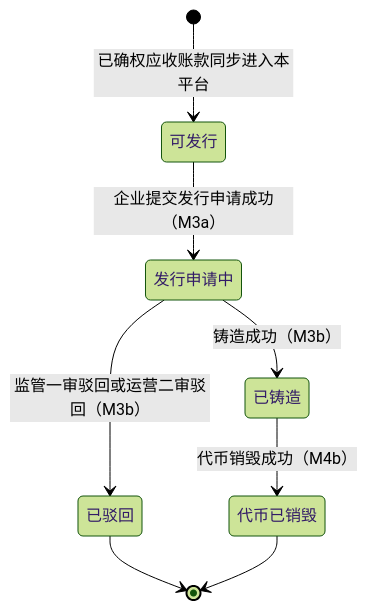
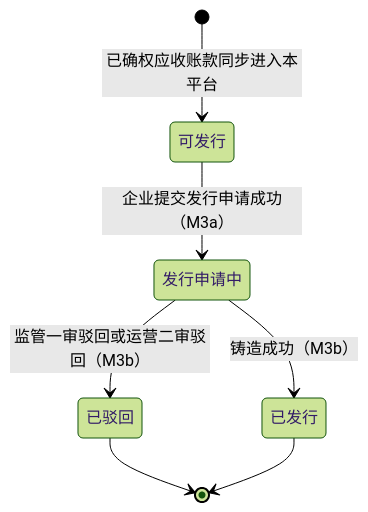
The second of 7 diagrams in token-issuance-platform/PRD/v1.0-可信资产-流程图与状态机.md (wxblockchain/Chain-Financing), drawn with Mermaid (forest theme) before and after one commit. The commit also changed other lines of this file and 2 other files, not shown here.

````diff
--- a/token-issuance-platform/PRD/v1.0-可信资产-流程图与状态机.md
+++ b/token-issuance-platform/PRD/v1.0-可信资产-流程图与状态机.md
@@ -38,16 +39,14 @@
 ```mermaid
 stateDiagram-v2
     state "可发行" as S1
     state "发行申请中" as S2
     state "已驳回" as S3
-    state "已铸造" as S4
-    state "代币已销毁" as S5
+    state "已发行" as S4
 
     [*] --> S1: 已确权应收账款同步进入本平台
     S1 --> S2: 企业提交发行申请成功（M3a）
     S2 --> S3: 监管一审驳回或运营二审驳回（M3b）
     S2 --> S4: 铸造成功（M3b）
-    S4 --> S5: 代币销毁成功（M4b）
     S3 --> [*]
-    S5 --> [*]
+    S4 --> [*]
 ```
````
